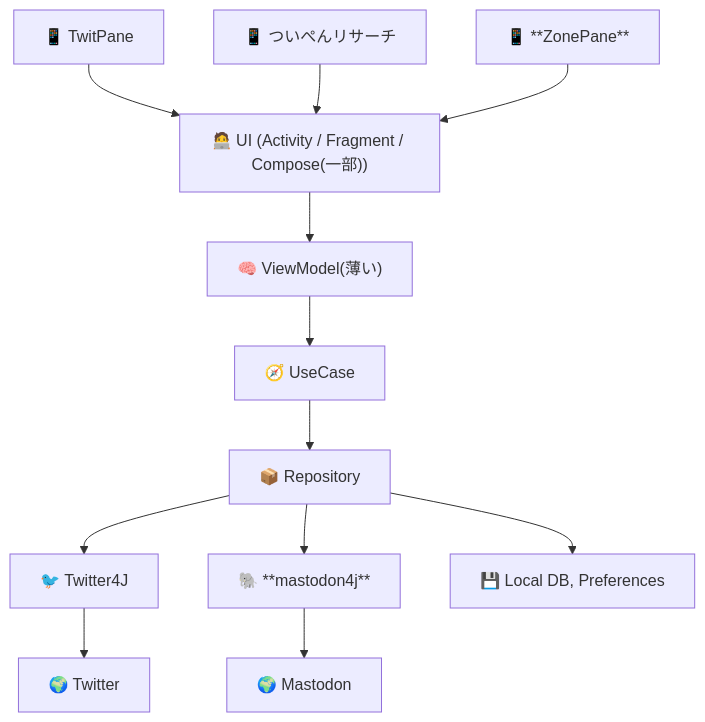
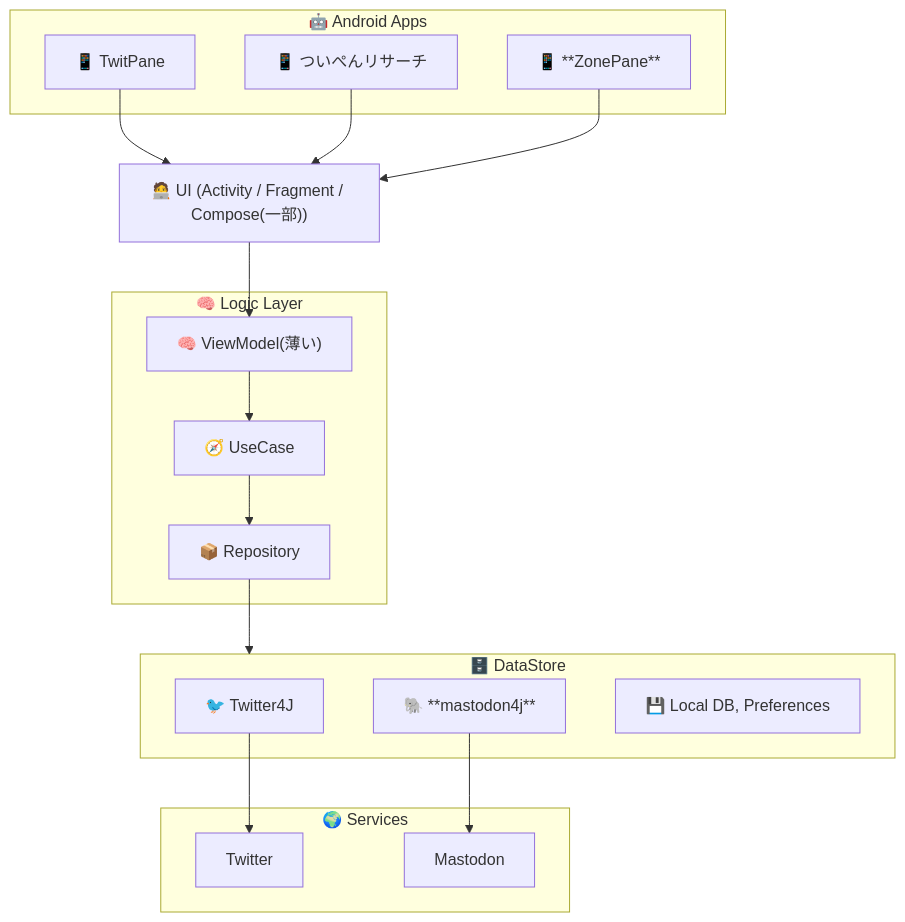
Before and after one commit to takke/mermaid_exam: the sixth of 7 diagrams in twitpane.md, drawn with Mermaid. The commit also changed other lines of this file, not shown here.

````diff
--- a/twitpane.md
+++ b/twitpane.md
@@ -280,28 +347,47 @@
 ```mermaid
 flowchart TD
-  TP["📱 TwitPane"]
-  TPR["📱 ついぺんリサーチ"]
-  ZP["📱 **ZonePane**"]
+  %% Android Apps subgraph
+  subgraph AAP["🤖 Android Apps"]
+    TP["📱 TwitPane"]
+    TPR["📱 ついぺんリサーチ"]
+    ZP["📱 **ZonePane**"]
+  end
 
+  %% UI Layer
   UI["🧑‍💻 UI (Activity / Fragment / Compose(一部))"]
-  VM["🧠 ViewModel(薄い)"]
-  UC["🧭 UseCase"]
-  RP["📦 Repository"]
 
-  TW["🐦 Twitter4J"]
-  MA["🐘 **mastodon4j**"]
-  DB["💾 Local DB, Preferences"]
+  %% Logic Layer subgraph
+  subgraph LG["🧠 Logic Layer"]
+    VM["🧠 ViewModel(薄い)"]
+    UC["🧭 UseCase"]
+    RP["📦 Repository"]
+  end
 
-  S_TW["🌍 Twitter"]
-  S_MA["🌍 Mastodon"]
+  %% DataSource subgraph
+  subgraph DS["🗄️ DataStore"]
+    TW["🐦 Twitter4J"]
+    MA["🐘 **mastodon4j**"]
+    DB["💾 Local DB, Preferences"]
+  end
 
+  %% Service subgraph
+  subgraph SV["🌍 Services"]
+    S_TW["Twitter"]
+    S_MA["Mastodon"]
+  end
+
+  %% App connections
   TP --> UI
   TPR --> UI
   ZP --> UI
 
+  %% UI to Logic
   UI --> VM --> UC --> RP
 
-  RP --> TW --> S_TW
-  RP --> MA --> S_MA
-  RP --> DB
+  %% Repository to DataSources
+  RP --> DS
+
+  %% DataStore to Services
+  TW --> S_TW
+  MA --> S_MA
 ```
````
